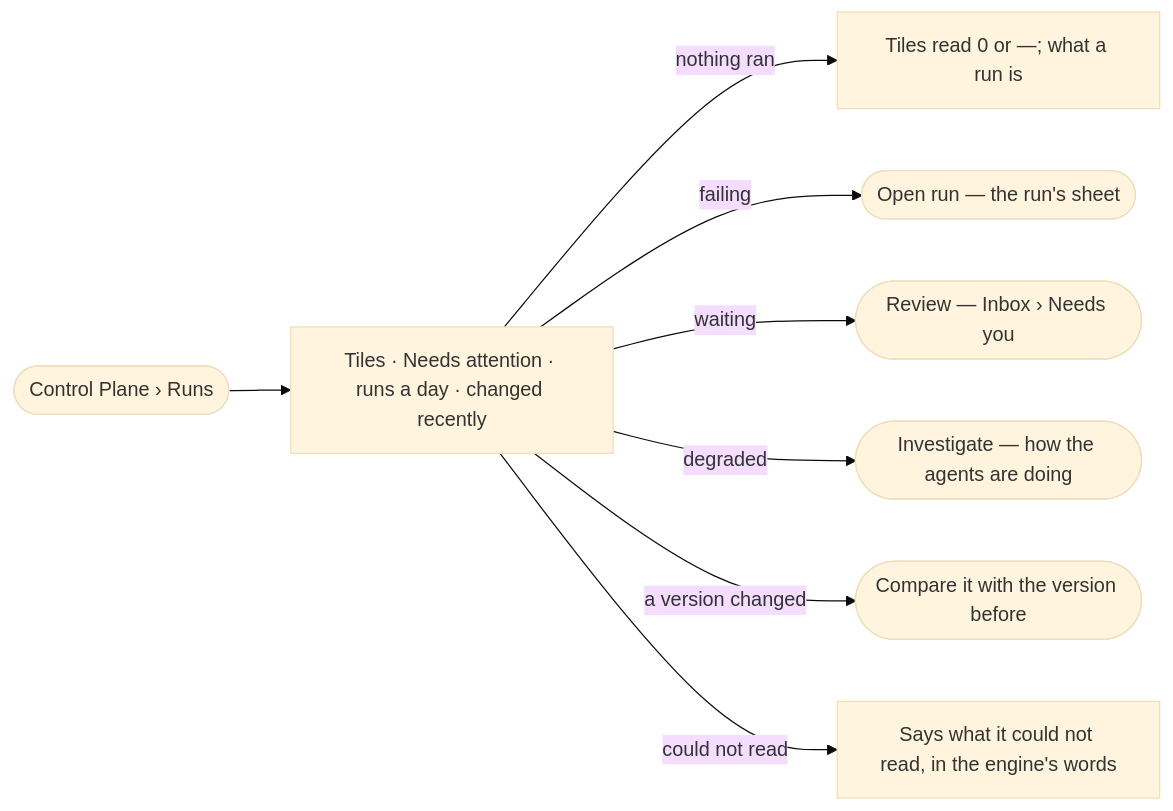
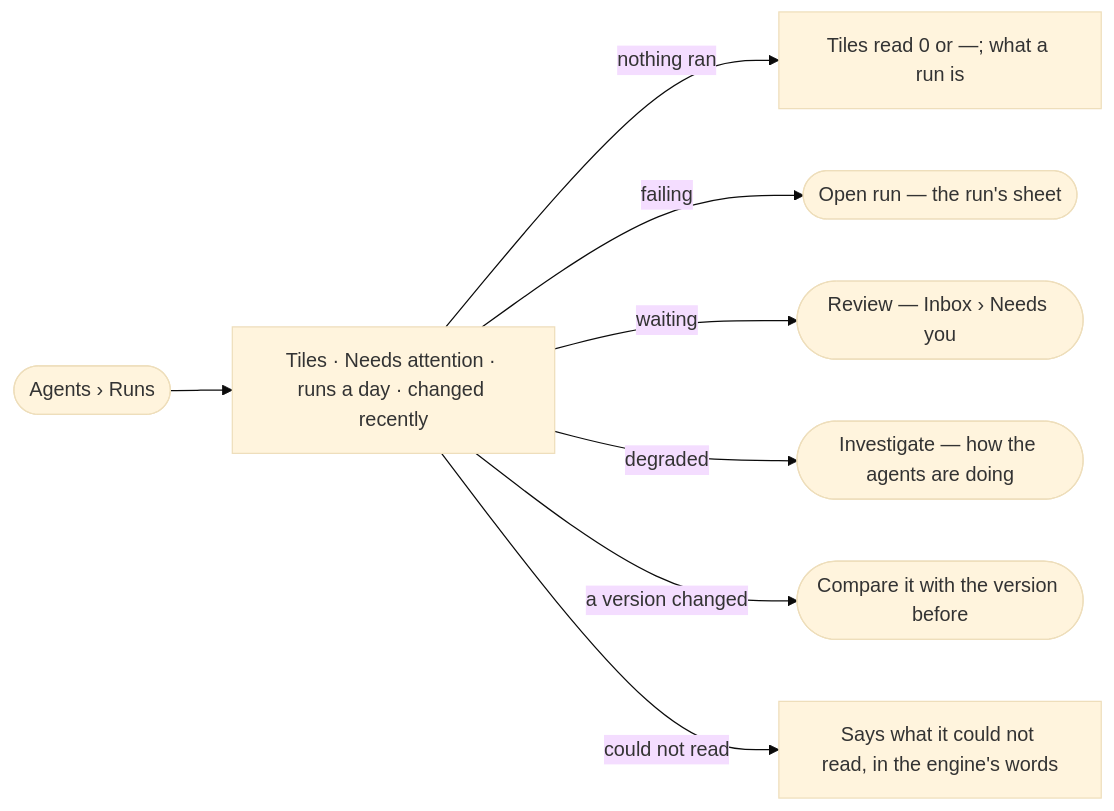
One commit to invana/invana changed the diagram in specs/os/control/features/CP-F10-runs-and-how-the-agents-are-doing/stories/CP-48-see-what-needs-me-across-every-agent/story.md. Above: the diagram before and after it, drawn with Mermaid (base theme). The commit also changed 106 other files, not shown here.

````diff
--- a/specs/os/control/features/CP-F10-runs-and-how-the-agents-are-doing/stories/CP-48-see-what-needs-me-across-every-agent/story.md
+++ b/specs/os/control/features/CP-F10-runs-and-how-the-agents-are-doing/stories/CP-48-see-what-needs-me-across-every-agent/story.md
@@ -26,10 +26,10 @@
 ```mermaid
 flowchart LR
-  a([Control Plane › Runs]) --> t["Tiles · Needs attention · runs a day · changed recently"]
+  a([Agents › Runs]) --> t["Tiles · Needs attention · runs a day · changed recently"]
   t -->|nothing ran| e["Tiles read 0 or —; what a run is"]
   t -->|failing| r(["Open run — the run's sheet"])
   t -->|waiting| i(["Review — Inbox › Needs you"])
   t -->|degraded| p(["Investigate — how the agents are doing"])
   t -->|a version changed| c(["Compare it with the version before"])
   t -->|could not read| f["Says what it could not read, in the engine's words"]
 ```
````
